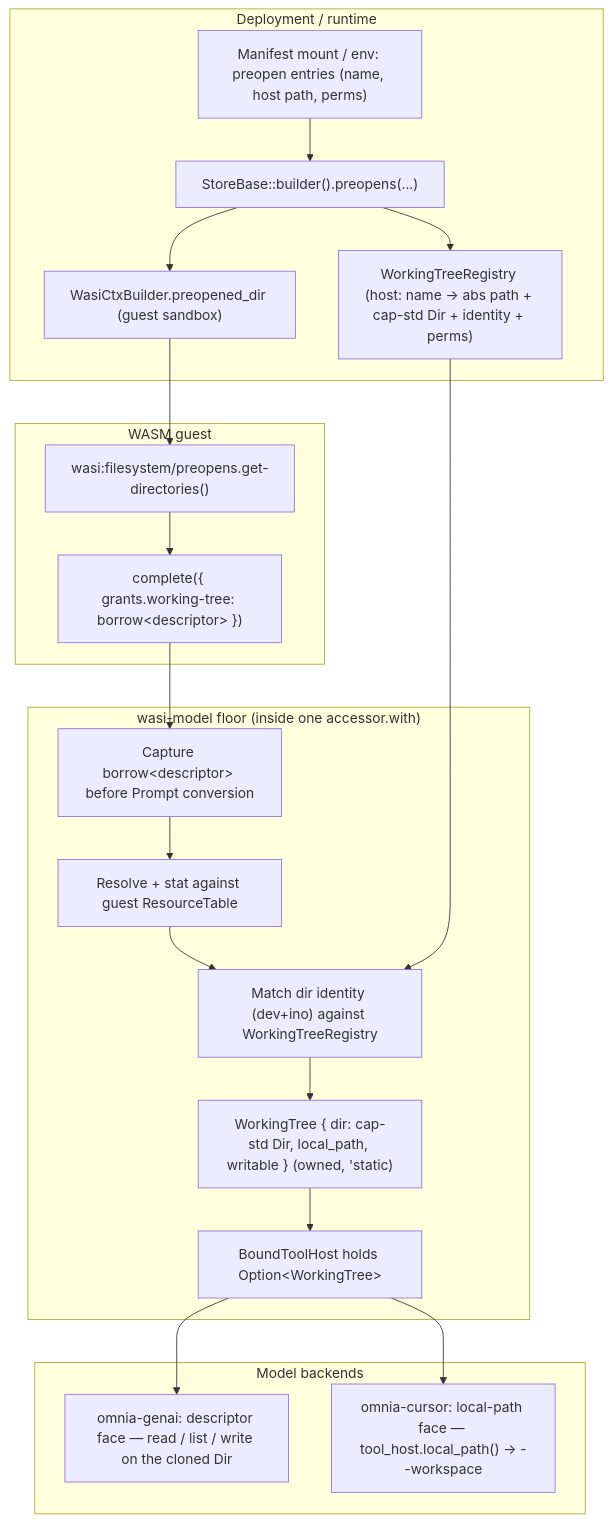
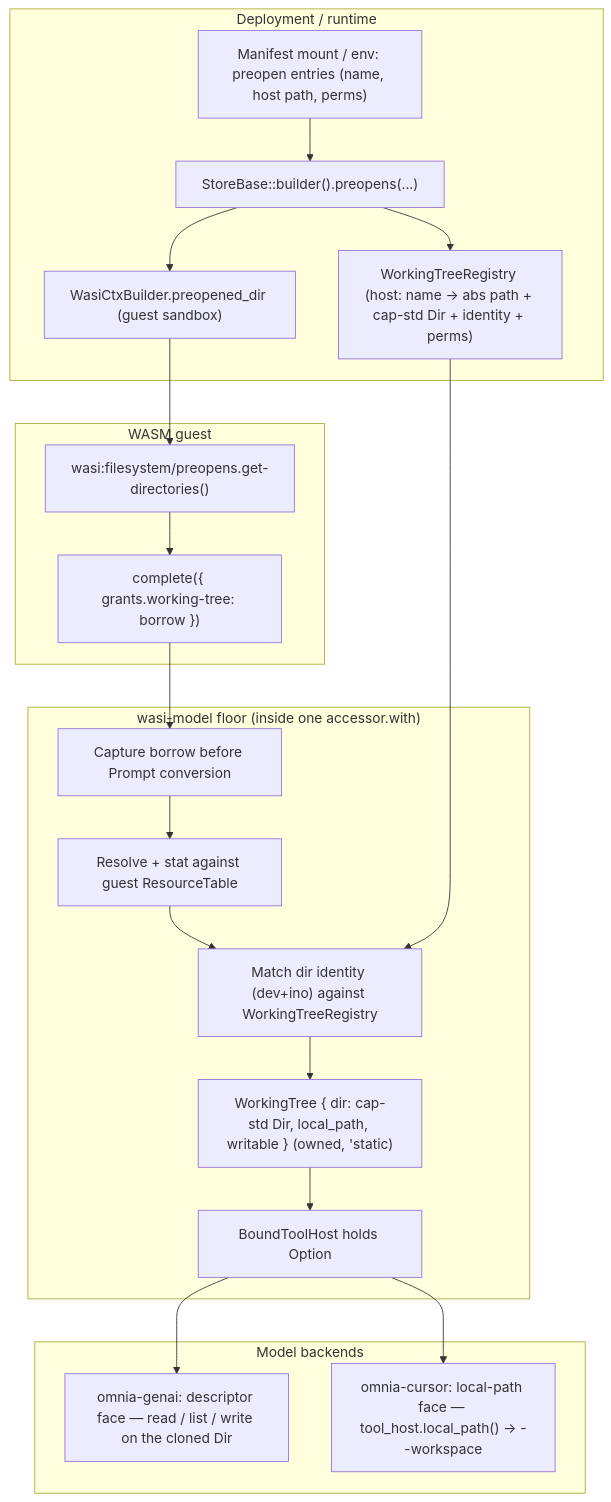
The diagram in rfcs/rfc-55-working-tree.md (augentic/omnia), drawn with Mermaid before and after one commit. The commit also changed other lines of this file, not shown here.

````diff
--- a/rfcs/rfc-55-working-tree.md
+++ b/rfcs/rfc-55-working-tree.md
@@ -27,41 +31,41 @@
 ```mermaid
 flowchart TB
     subgraph deploy ["Deployment / runtime"]
         Manifest["Manifest mount / env: preopen entries (name, host path, perms)"]
         Builder["StoreBase::builder().preopens(...)"]
         Ctx["WasiCtxBuilder.preopened_dir (guest sandbox)"]
         Registry["WorkingTreeRegistry (host: name → abs path + cap-std Dir + identity + perms)"]
     end
 
     subgraph guest ["WASM guest"]
         Preopens["wasi:filesystem/preopens.get-directories()"]
-        Complete["complete({ grants.working-tree: borrow&lt;descriptor&gt; })"]
+        Complete["complete({ grants.working-tree: borrow<descriptor> })"]
     end
 
     subgraph floor ["wasi-model floor (inside one accessor.with)"]
-        Capture["Capture borrow&lt;descriptor&gt; before Prompt conversion"]
+        Capture["Capture borrow<descriptor> before Prompt conversion"]
         Resolve["Resolve + stat against guest ResourceTable"]
         Match["Match dir identity (dev+ino) against WorkingTreeRegistry"]
         WT["WorkingTree { dir: cap-std Dir, local_path, writable } (owned, 'static)"]
-        ToolHost["BoundToolHost holds Option&lt;WorkingTree&gt;"]
+        ToolHost["BoundToolHost holds Option<WorkingTree>"]
     end
 
     subgraph backends ["Model backends"]
         Genai["omnia-genai: descriptor face — read / list / write on the cloned Dir"]
         Cursor["omnia-cursor: local-path face — tool_host.local_path() → --workspace"]
     end
 
     Manifest --> Builder
     Builder --> Ctx
     Builder --> Registry
     Ctx --> Preopens
     Preopens --> Complete
     Complete --> Capture
     Capture --> Resolve
     Resolve --> Match
     Registry --> Match
     Match --> WT
     WT --> ToolHost
     ToolHost --> Genai
     ToolHost --> Cursor
 ```
````
